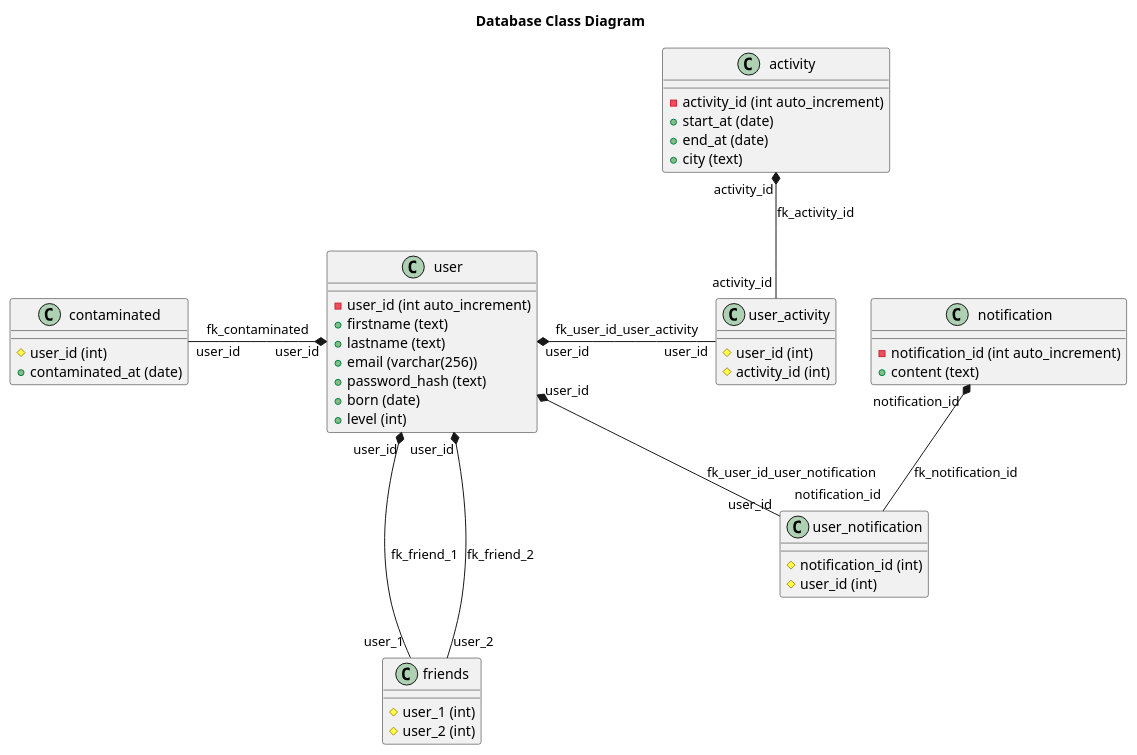
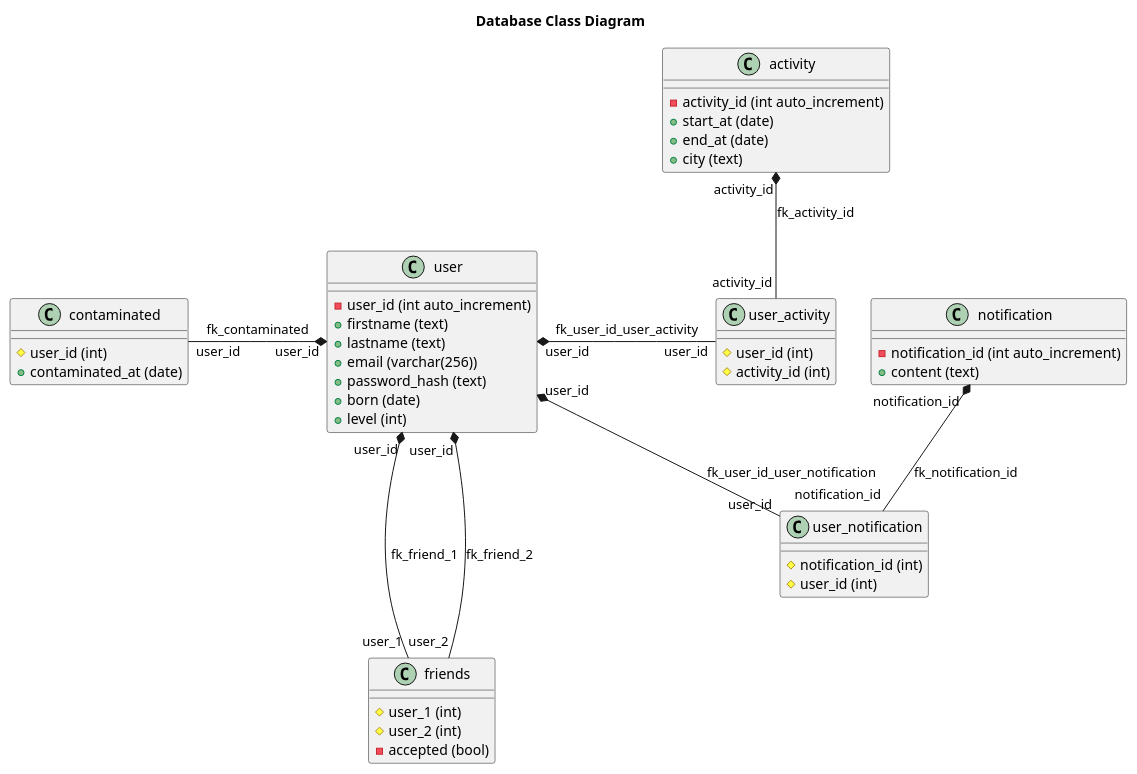
One commit to AlasDiablo/ProjetWeb changed the diagram in docs/database.puml. Above: the diagram before and after it, drawn with PlantUML. The commit also changed 15 other files, not shown here.

```diff
--- a/docs/database.puml
+++ b/docs/database.puml
@@ -1,55 +1,56 @@
 @startuml
 
 title "Database Class Diagram"
 
 class user {
     - user_id (int auto_increment)
     + firstname (text)
     + lastname (text)
     + email (varchar(256))
     + password_hash (text)
     + born (date)
     + level (int)
 }
 
 class contaminated {
     # user_id (int)
     + contaminated_at (date)
 }
 
 class activity {
     - activity_id (int auto_increment)
     + start_at (date)
     + end_at (date)
     + city (text)
 }
 
 class user_activity {
     # user_id (int)
     # activity_id (int)
 }
 
 class friends {
     # user_1 (int)
     # user_2 (int)
+    - accepted (bool)
 }
 
 class notification {
     - notification_id (int auto_increment)
     + content (text)
 }
 
 class user_notification {
     # notification_id (int)
     # user_id (int)
 }
 
 user "user_id" *-left- "user_id" contaminated: fk_contaminated
 user "user_id" *-right- "user_id" user_activity: fk_user_id_user_activity
 activity "activity_id" *-- "activity_id" user_activity: fk_activity_id
 user "user_id" *-down-- "user_1" friends: fk_friend_1
 user "user_id" *-down-- "user_2" friends: fk_friend_2
 user "user_id" *-- "user_id" user_notification: fk_user_id_user_notification
 notification "notification_id" *-- "notification_id" user_notification: fk_notification_id
 
 @enduml
```
